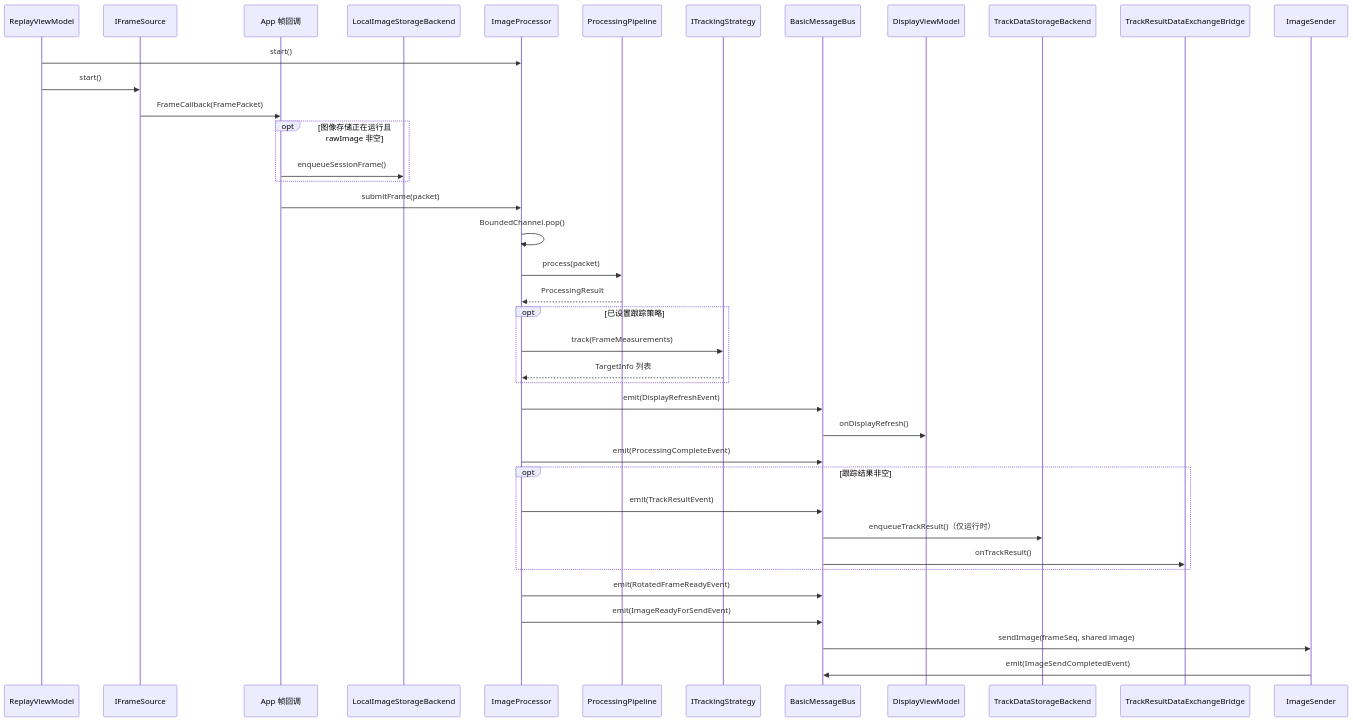
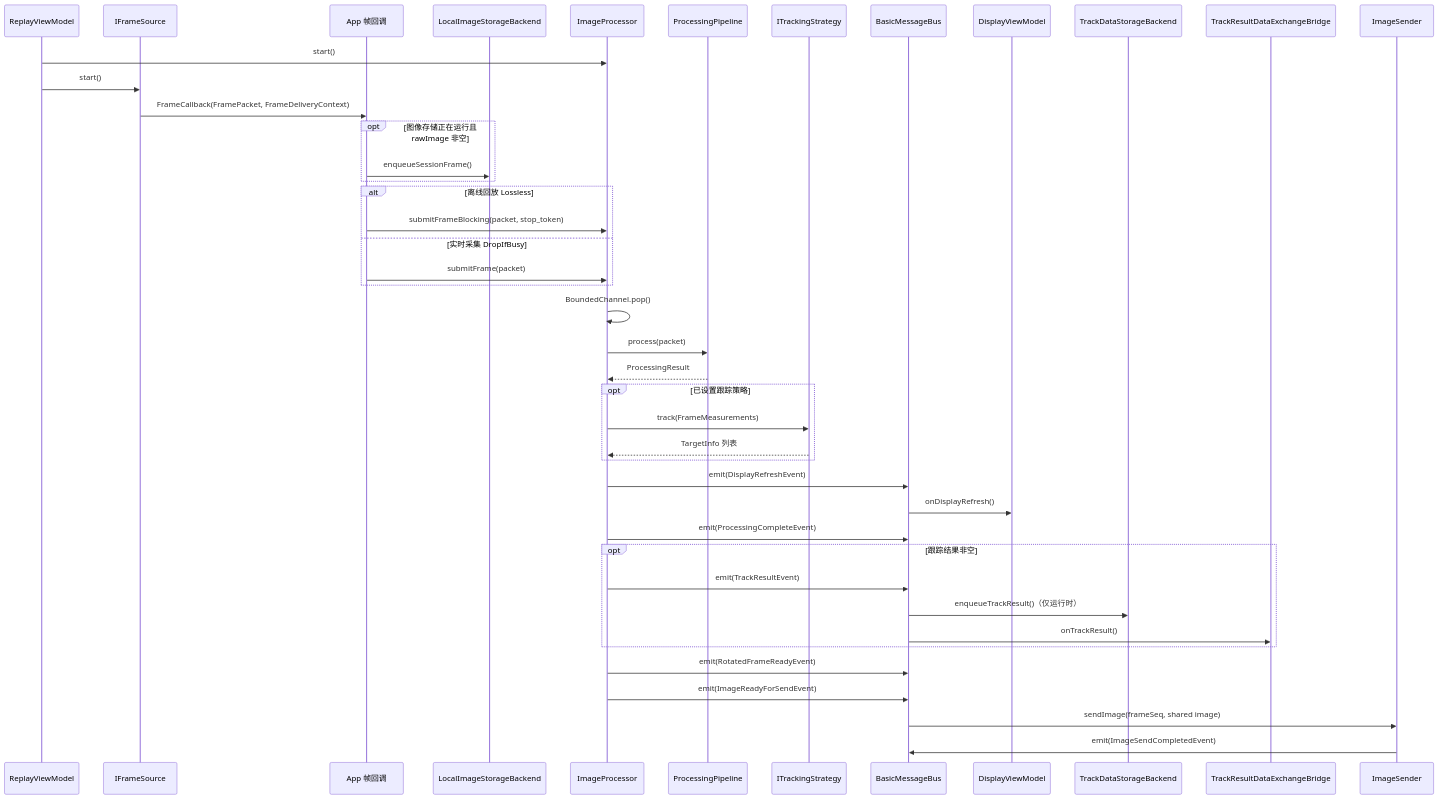
One commit to with-fair-wind/1mZGG changed the second of 3 diagrams in docs/overview.md. Above: the diagram before and after it, drawn with Mermaid. The commit also changed 21 other files, not shown here.

````diff
--- a/docs/overview.md
+++ b/docs/overview.md
@@ -188,41 +188,45 @@
 ```mermaid
 sequenceDiagram
     participant UI as ReplayViewModel
     participant Source as IFrameSource
     participant Callback as App 帧回调
     participant RawStore as LocalImageStorageBackend
     participant Processor as ImageProcessor
     participant Pipeline as ProcessingPipeline
     participant Tracker as ITrackingStrategy
     participant Bus as BasicMessageBus
     participant Display as DisplayViewModel
     participant TrackStore as TrackDataStorageBackend
     participant Bridge as TrackResultDataExchangeBridge
 
     UI->>Processor: start()
     UI->>Source: start()
-    Source->>Callback: FrameCallback(FramePacket)
+    Source->>Callback: FrameCallback(FramePacket, FrameDeliveryContext)
     opt 图像存储正在运行且 rawImage 非空
         Callback->>RawStore: enqueueSessionFrame()
     end
-    Callback->>Processor: submitFrame(packet)
+    alt 离线回放 Lossless
+        Callback->>Processor: submitFrameBlocking(packet, stop_token)
+    else 实时采集 DropIfBusy
+        Callback->>Processor: submitFrame(packet)
+    end
     Processor->>Processor: BoundedChannel.pop()
     Processor->>Pipeline: process(packet)
     Pipeline-->>Processor: ProcessingResult
     opt 已设置跟踪策略
         Processor->>Tracker: track(FrameMeasurements)
         Tracker-->>Processor: TargetInfo 列表
     end
     Processor->>Bus: emit(DisplayRefreshEvent)
     Bus->>Display: onDisplayRefresh()
     Processor->>Bus: emit(ProcessingCompleteEvent)
     opt 跟踪结果非空
         Processor->>Bus: emit(TrackResultEvent)
         Bus->>TrackStore: enqueueTrackResult()（仅运行时）
         Bus->>Bridge: onTrackResult()
     end
     Processor->>Bus: emit(RotatedFrameReadyEvent)
     Processor->>Bus: emit(ImageReadyForSendEvent)
     Bus->>ImageSender: sendImage(frameSeq, shared image)
     ImageSender->>Bus: emit(ImageSendCompletedEvent)
 ```
````
